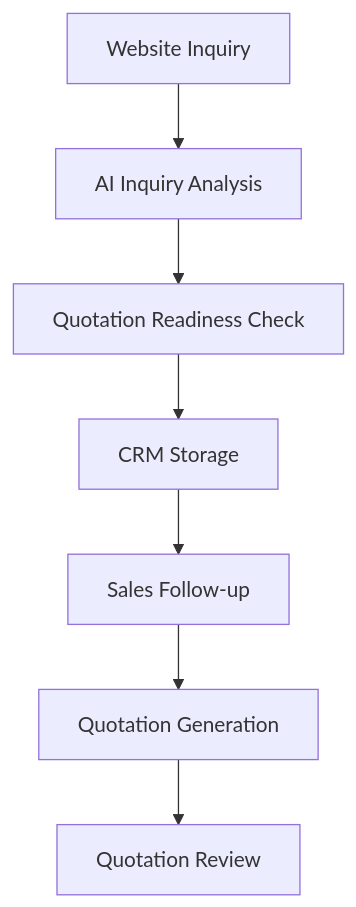
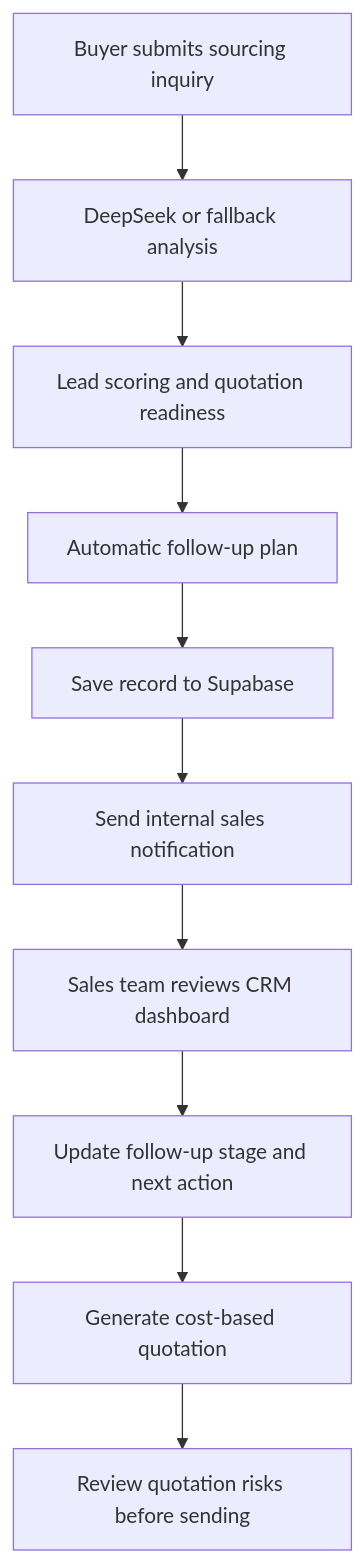
One commit to 0711-creater/ai-foreign-trade-sales-crm changed the second of 2 diagrams in README.md. Above: the diagram before and after it, drawn with Mermaid. The commit also changed other lines of this file and 1 other file, not shown here.

````diff
--- a/README.md
+++ b/README.md
@@ -55,9 +91,12 @@
 ```mermaid
 flowchart TD
-  A["Website Inquiry"] --> B["AI Inquiry Analysis"]
-  B --> C["Quotation Readiness Check"]
-  C --> D["CRM Storage"]
-  D --> E["Sales Follow-up"]
-  E --> F["Quotation Generation"]
-  F --> G["Quotation Review"]
+  A["Buyer submits sourcing inquiry"] --> B["DeepSeek or fallback analysis"]
+  B --> C["Lead scoring and quotation readiness"]
+  C --> D["Automatic follow-up plan"]
+  D --> E["Save record to Supabase"]
+  E --> F["Send internal sales notification"]
+  F --> G["Sales team reviews CRM dashboard"]
+  G --> H["Update follow-up stage and next action"]
+  H --> I["Generate cost-based quotation"]
+  I --> J["Review quotation risks before sending"]
 ```
````
